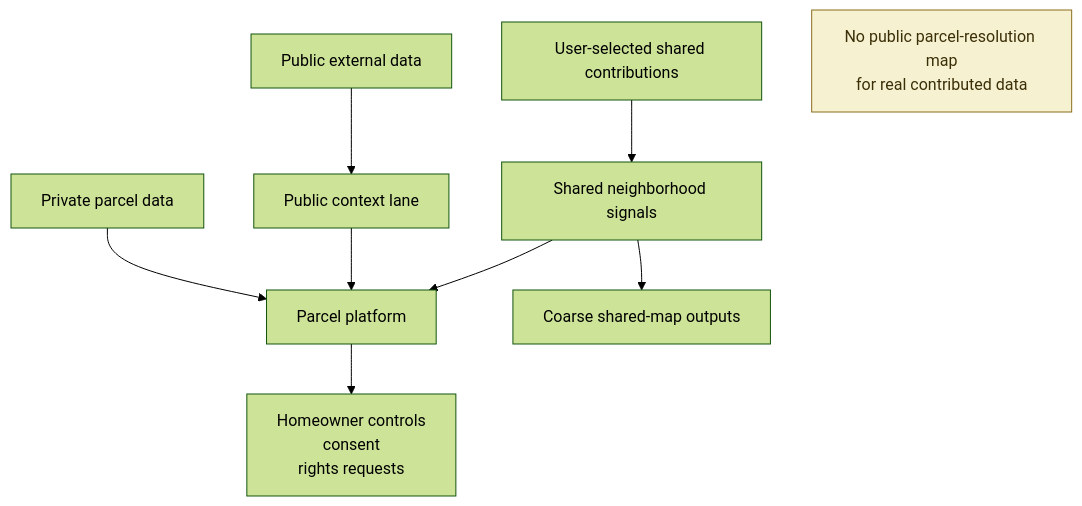
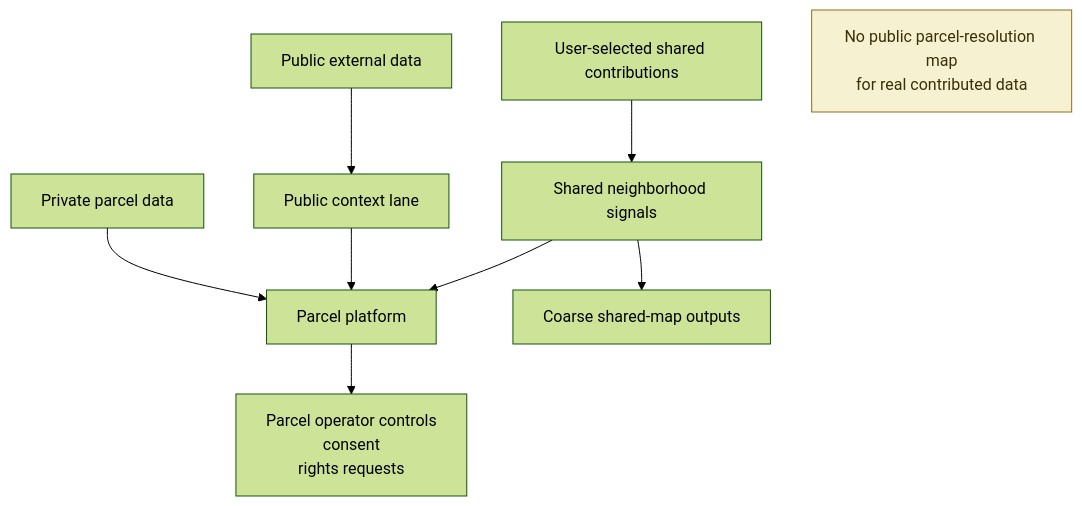
Before and after one commit to lumenaut-llc/oesis-program-specs: the fourth of 6 diagrams in media/diagrams/prototype-integration-diagram-pack.md, drawn with Mermaid (forest theme). The commit also changed other lines of this file and 114 other files, not shown here.

````diff
--- a/media/diagrams/prototype-integration-diagram-pack.md
+++ b/media/diagrams/prototype-integration-diagram-pack.md
@@ -109,15 +109,15 @@
 ```mermaid
 flowchart TB
     A["Private parcel data"] --> B["Parcel platform"]
     C["User-selected shared contributions"] --> D["Shared neighborhood signals"]
     E["Public external data"] --> F["Public context lane"]
 
-    B --> G["Homeowner controls\nconsent\nrights requests"]
+    B --> G["Parcel operator controls\nconsent\nrights requests"]
     D --> H["Coarse shared-map outputs"]
     F --> B
     D --> B
 
     X["No public parcel-resolution map\nfor real contributed data"]:::rule
 
     classDef rule fill:#f6f1d1,stroke:#8a6d1d,color:#3b2f07
 ```
````
